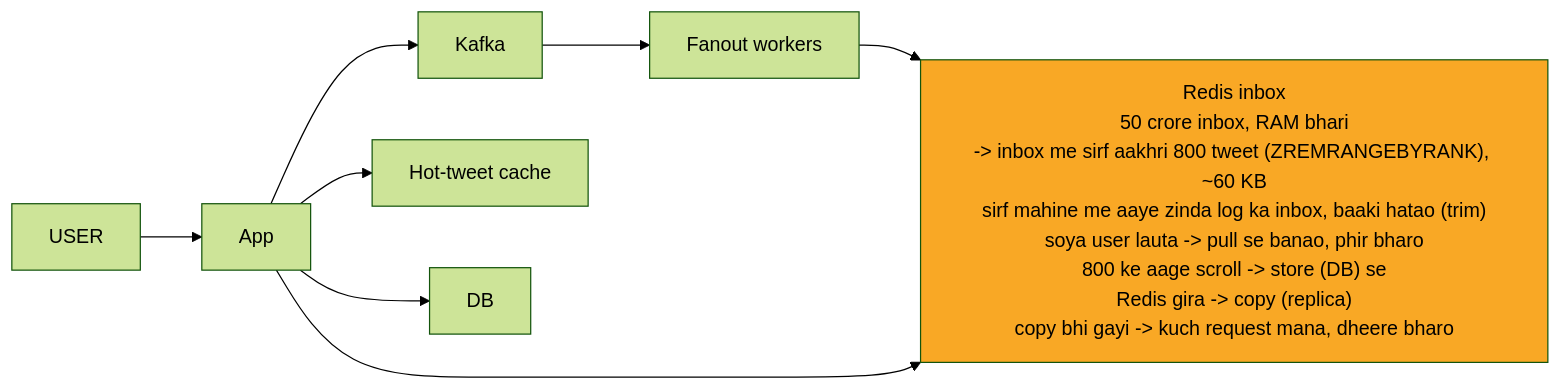
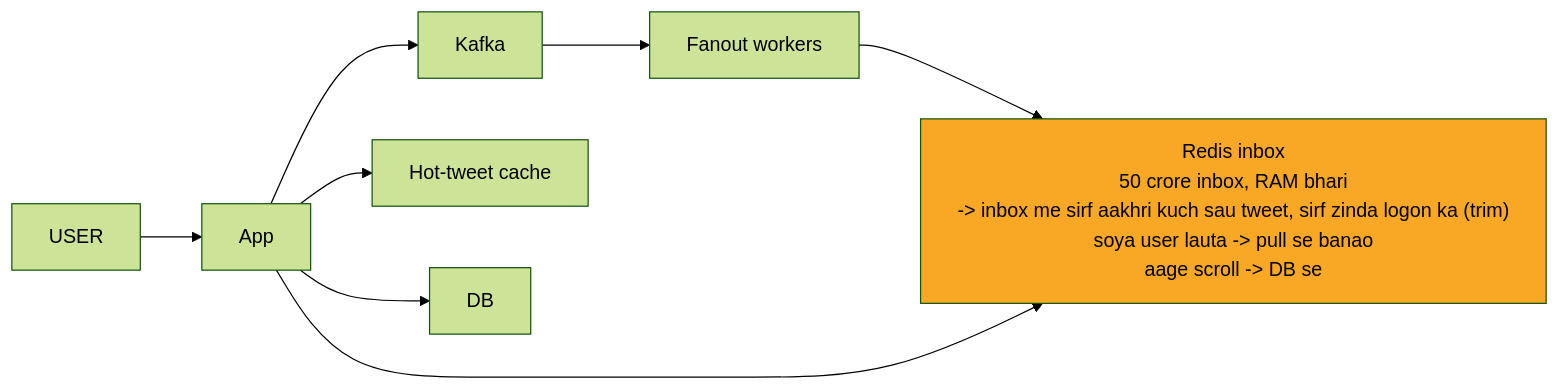
Before and after one commit to ArpanMaheshwari144/Prep: the diagram in 04_HLD/SYSTEM_DESIGNS/03_twitter_feed/img/c5.mmd, drawn with Mermaid (forest theme). The commit also changed 42 other files, not shown here.

```diff
--- a/04_HLD/SYSTEM_DESIGNS/03_twitter_feed/img/c5.mmd
+++ b/04_HLD/SYSTEM_DESIGNS/03_twitter_feed/img/c5.mmd
@@ -1,17 +1,17 @@
 %%{init: {"flowchart": {"wrappingWidth": 450}}}%%
 flowchart LR
     n_USER["USER"]
     n_App["App"]
     n_Kafka["Kafka"]
     n_Fanout_workers["Fanout workers"]
-    n_Redis_inbox["Redis inbox<br/>50 crore inbox, RAM bhari<br/>-> inbox me sirf aakhri 800 tweet (ZREMRANGEBYRANK), ~60 KB<br/>sirf mahine me aaye zinda log ka inbox, baaki hatao (trim)<br/>soya user lauta -> pull se banao, phir bharo<br/>800 ke aage scroll -> store (DB) se<br/>Redis gira -> copy (replica)<br/>copy bhi gayi -> kuch request mana, dheere bharo"]
+    n_Redis_inbox["Redis inbox<br/>50 crore inbox, RAM bhari<br/>-> inbox me sirf aakhri kuch sau tweet, sirf zinda logon ka (trim)<br/>soya user lauta -> pull se banao<br/>aage scroll -> DB se"]
     n_Hot_tweet_cache["Hot-tweet cache"]
     n_DB["DB"]
     n_USER --> n_App
     n_App --> n_Kafka
     n_App --> n_Hot_tweet_cache
     n_App --> n_DB
     n_Kafka --> n_Fanout_workers
     n_Fanout_workers --> n_Redis_inbox
     n_App --> n_Redis_inbox
     style n_Redis_inbox fill:#f9a825,color:#000
```
